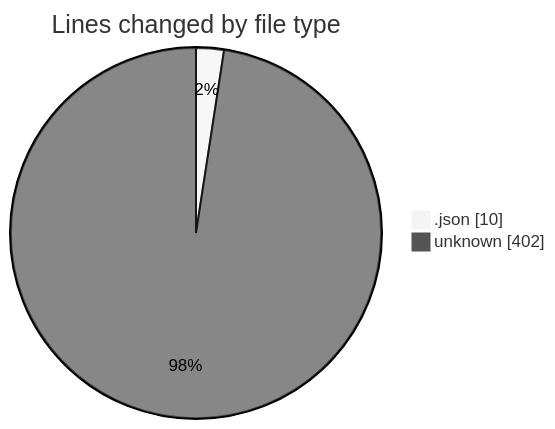
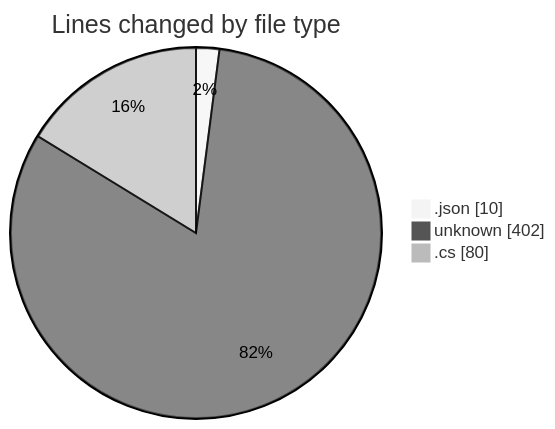
Before and after one commit to Netris89/code-tracking: the first of 2 diagrams in 2025-03-18/back-end/README.md, drawn with Mermaid (neutral theme). The commit also changed other lines of this file and 1 other file, not shown here.

````diff
--- a/2025-03-18/back-end/README.md
+++ b/2025-03-18/back-end/README.md
@@ -21,6 +22,7 @@
 ```mermaid
 pie showData
 title Lines changed by file type
 ".json" : 10
 "unknown" : 402
+".cs" : 80
 ```
````
